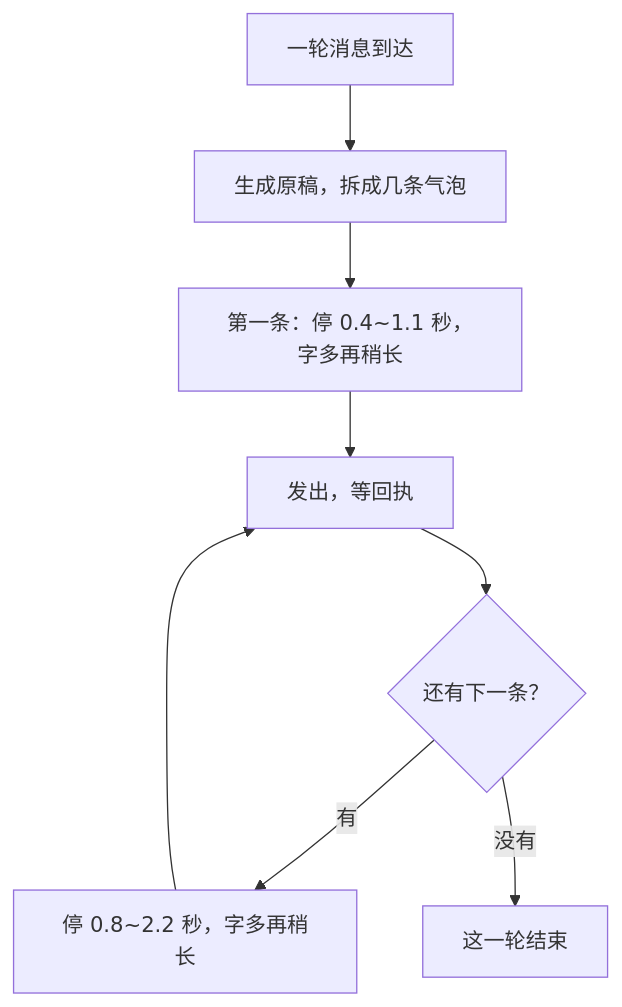
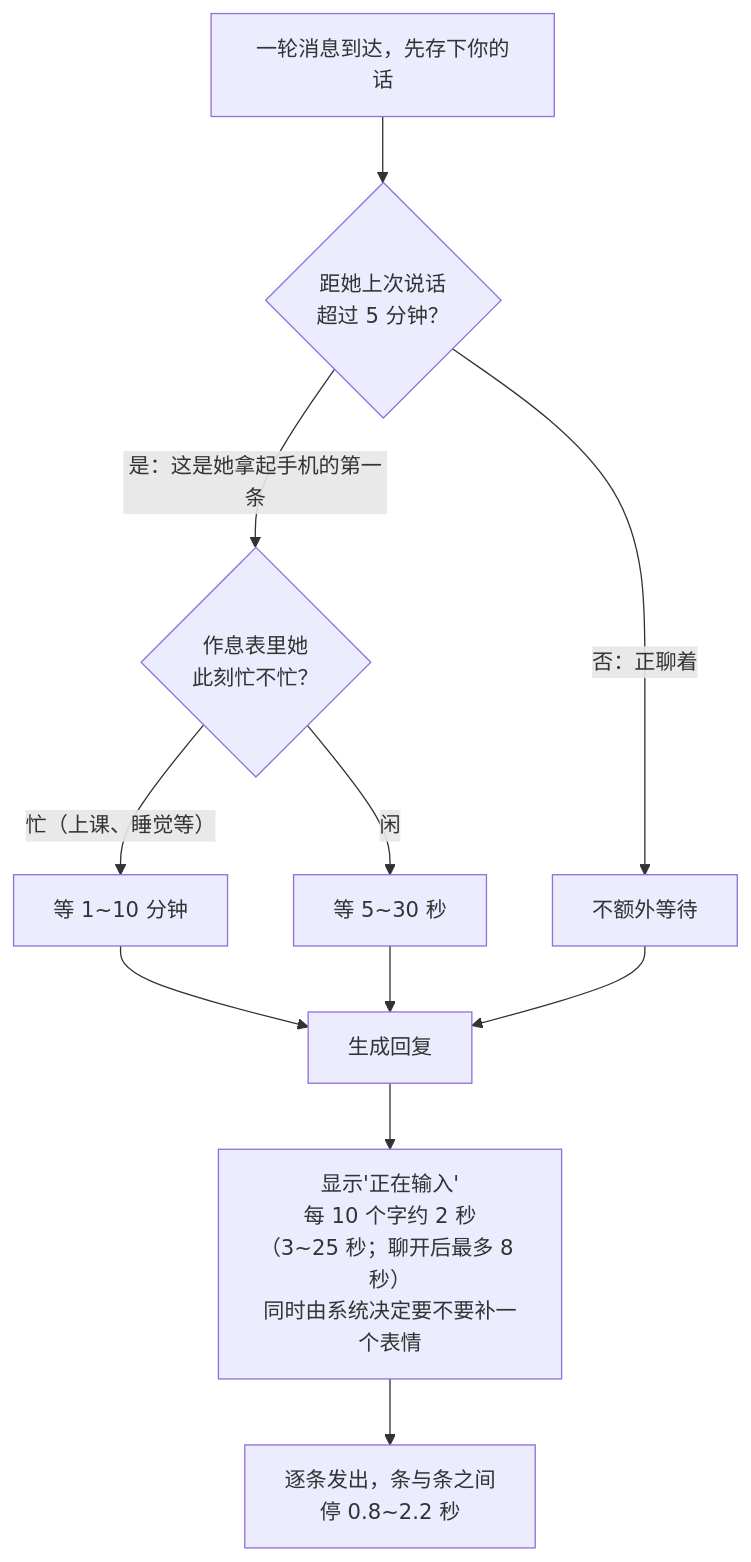
The third of 10 diagrams in docs/ARCHITECTURE.md (xinghefumeng0717/qq-companion-bot), drawn with Mermaid before and after one commit. The commit also changed other lines of this file and 16 other files, not shown here.

````diff
--- a/docs/ARCHITECTURE.md
+++ b/docs/ARCHITECTURE.md
@@ -116,10 +121,13 @@
 ```mermaid
 flowchart TD
-    A["一轮消息到达"] --> B["生成原稿，拆成几条气泡"]
-    B --> C["第一条：停 0.4~1.1 秒，字多再稍长"]
-    C --> D["发出，等回执"]
-    D --> E{"还有下一条？"}
-    E -- "有" --> F["停 0.8~2.2 秒，字多再稍长"]
-    F --> D
-    E -- "没有" --> G["这一轮结束"]
+    A["一轮消息到达，先存下你的话"] --> B{"距她上次说话<br/>超过 5 分钟？"}
+    B -- "否：正聊着" --> E["不额外等待"]
+    B -- "是：这是她拿起手机的第一条" --> C{"作息表里她<br/>此刻忙不忙？"}
+    C -- "忙（上课、睡觉等）" --> D1["等 1~10 分钟"]
+    C -- "闲" --> D2["等 5~30 秒"]
+    D1 --> F["生成回复"]
+    D2 --> F
+    E --> F
+    F --> G["显示'正在输入'<br/>每 10 个字约 2 秒<br/>（3~25 秒；聊开后最多 8 秒）<br/>同时由系统决定要不要补一个表情"]
+    G --> H["逐条发出，条与条之间<br/>停 0.8~2.2 秒"]
 ```
````
